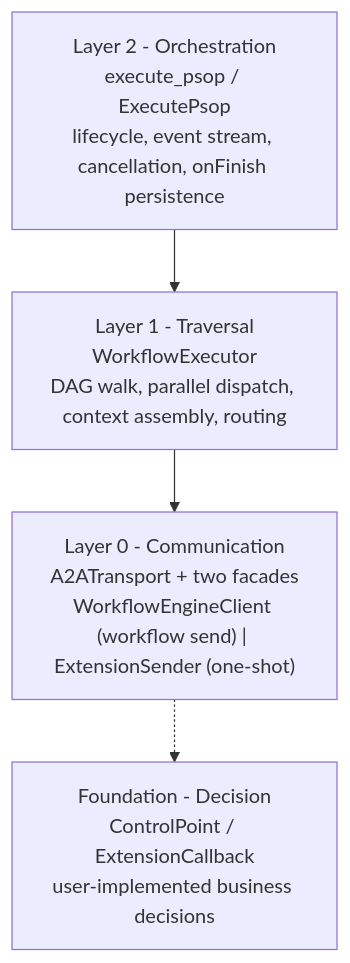
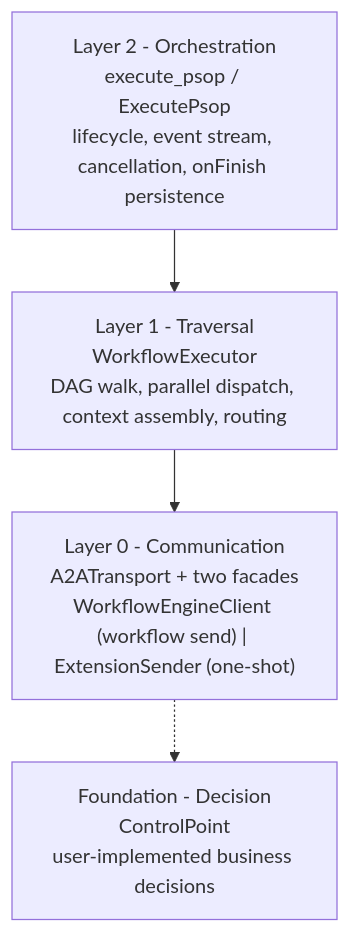
One commit to project-openan/workflow-engine-sdk-java changed the first of 5 diagrams in docs/en/DESIGN.md. Above: the diagram before and after it, drawn with Mermaid. The commit also changed other lines of this file and 177 other files, not shown here.

Commit message:
refactor: rename package to dev.openan.workflow.engine, remove ExtensionCallback, fix Mermaid v11 syntax, update docs

````diff
--- a/docs/en/DESIGN.md
+++ b/docs/en/DESIGN.md
@@ -35,10 +35,10 @@
 ```mermaid
 graph TD
     L2["Layer 2 - Orchestration<br/>execute_psop / ExecutePsop<br/>lifecycle, event stream, cancellation, onFinish persistence"]
     L1["Layer 1 - Traversal<br/>WorkflowExecutor<br/>DAG walk, parallel dispatch, context assembly, routing"]
     L0["Layer 0 - Communication<br/>A2ATransport + two facades<br/>WorkflowEngineClient (workflow send) | ExtensionSender (one-shot)"]
-    F["Foundation - Decision<br/>ControlPoint / ExtensionCallback<br/>user-implemented business decisions"]
+    F["Foundation - Decision<br/>ControlPoint<br/>user-implemented business decisions"]
 
     L2 --> L1 --> L0
     L0 -.-> F
 ```
````
